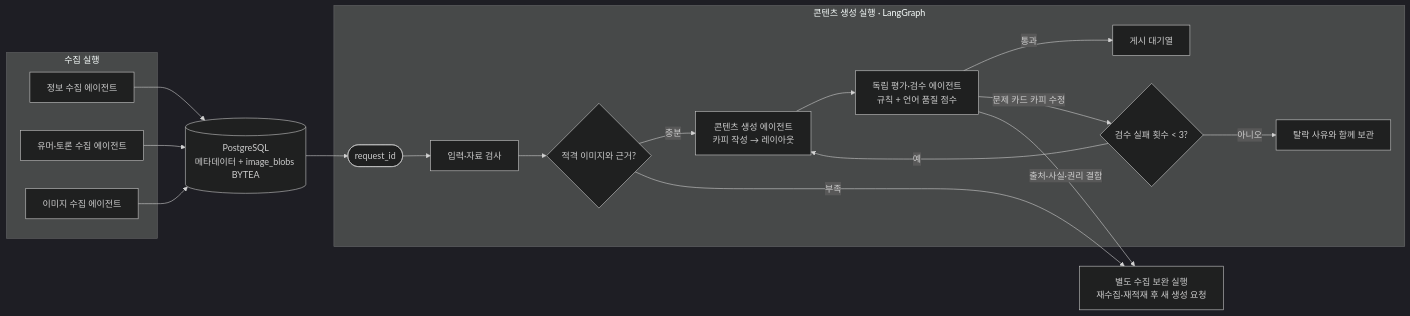
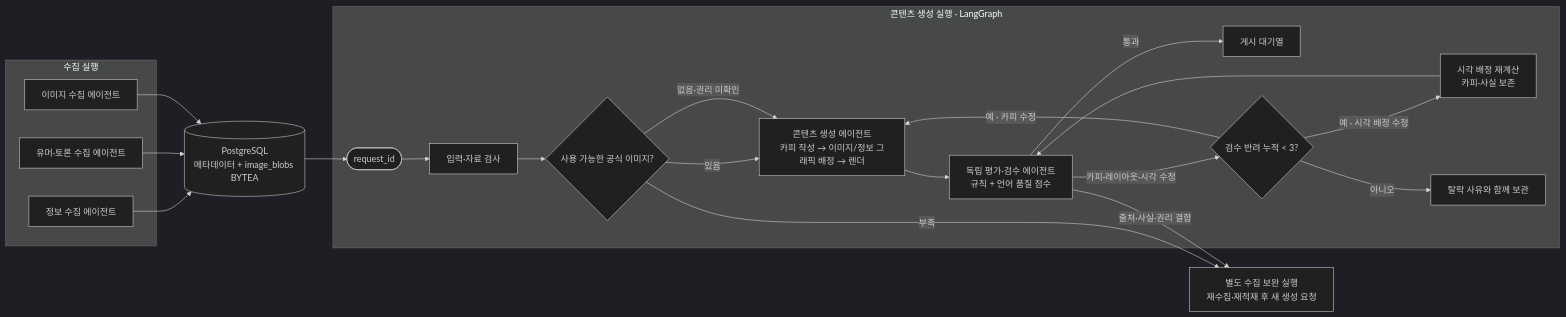
One commit to Por0ri/me-and-nu changed the first of 2 diagrams in agents/ani_me;nu/docs/AGENT_ARCHITECTURE.md. Above: the diagram before and after it, drawn with Mermaid (dark theme). The commit also changed other lines of this file and 50 other files, not shown here.

````diff
--- a/agents/ani_me;nu/docs/AGENT_ARCHITECTURE.md
+++ b/agents/ani_me;nu/docs/AGENT_ARCHITECTURE.md
@@ -7,26 +7,29 @@
 ```mermaid
 flowchart LR
   subgraph C[수집 실행]
     INFO[정보 수집 에이전트]
     HUMOR[유머·토론 수집 에이전트]
     IMAGE[이미지 수집 에이전트]
   end
   DB[(PostgreSQL\n메타데이터 + image_blobs BYTEA)]
   subgraph PIPE[콘텐츠 생성 실행 · LangGraph]
     START([request_id]) --> INPUT[입력·자료 검사]
-    INPUT --> RIGHTS{적격 이미지와 근거?}
-    RIGHTS -->|충분| GEN[콘텐츠 생성 에이전트\n카피 작성 → 레이아웃]
+    INPUT --> RIGHTS{사용 가능한 공식 이미지?}
+    RIGHTS -->|있음| GEN[콘텐츠 생성 에이전트\n카피 작성 → 이미지/정보 그래픽 배정 → 렌더]
+    RIGHTS -->|없음·권리 미확인| GEN
     GEN --> REVIEW[독립 평가·검수 에이전트\n규칙 + 언어 품질 점수]
     REVIEW -->|통과| FEED[게시 대기열]
-    REVIEW -->|문제 카드 카피 수정| COUNT{검수 실패 횟수 < 3?}
-    COUNT -->|예| GEN
+    REVIEW -->|카피·레이아웃·시각 수정| COUNT{검수 반려 누적 < 3?}
+    COUNT -->|예 · 카피 수정| GEN
+    COUNT -->|예 · 시각 배정 수정| VISUAL[시각 배정 재계산\n카피·사실 보존]
+    VISUAL --> REVIEW
     COUNT -->|아니오| ARCHIVE[탈락 사유와 함께 보관]
   end
   CRAWL[별도 수집 보완 실행\n재수집·재적재 후 새 생성 요청]
   RIGHTS -->|부족| CRAWL
   REVIEW -->|출처·사실·권리 결함| CRAWL
   INFO --> DB
   HUMOR --> DB
   IMAGE --> DB
   DB --> START
 ```
````
